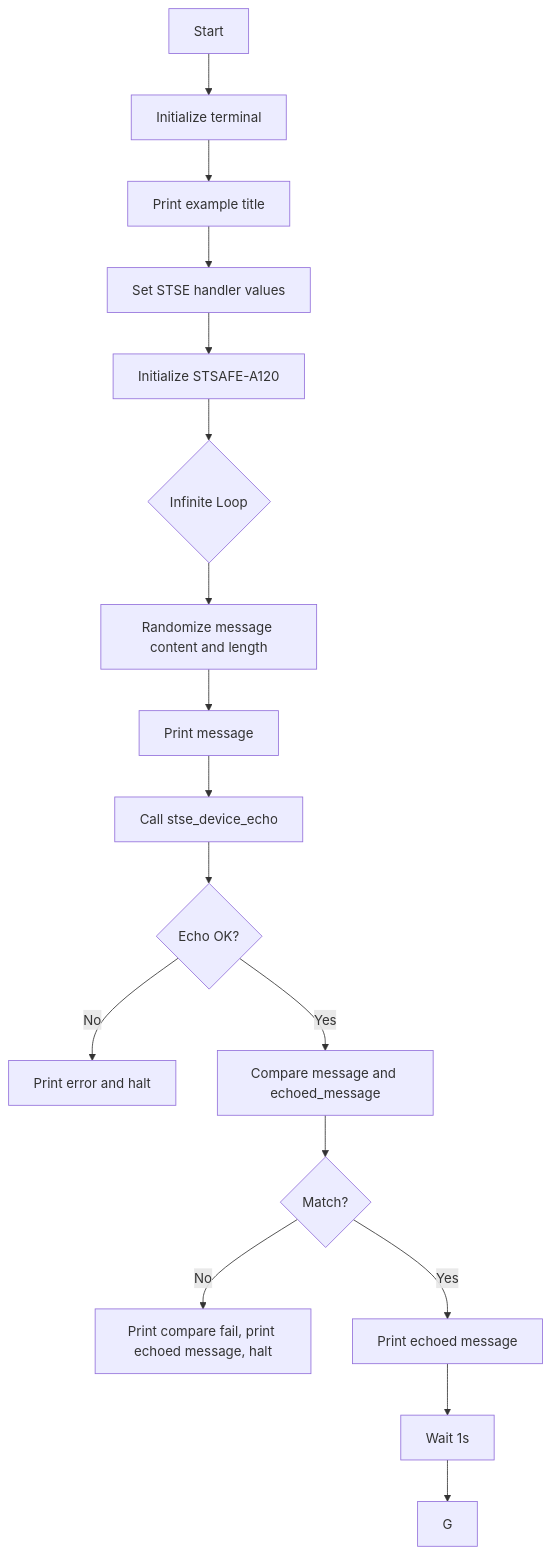
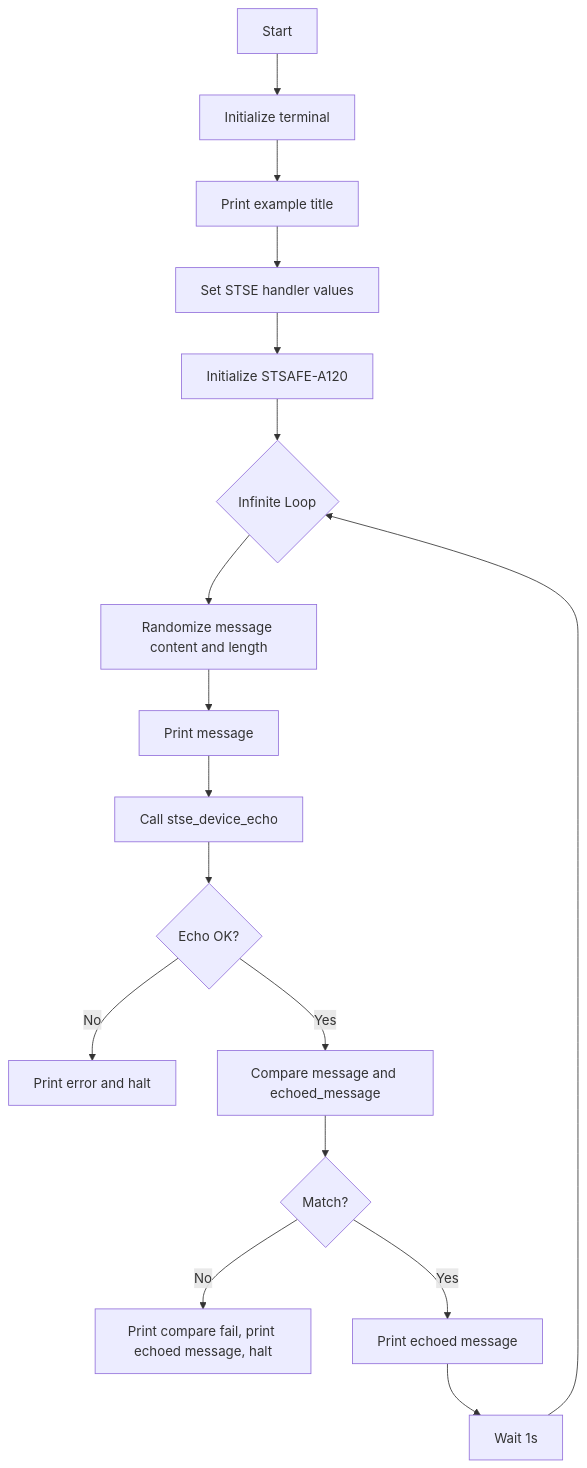
Before and after one commit to STMicroelectronics/STSAFE-A_echo: the second of 2 diagrams in README.md, drawn with Mermaid.

````diff
--- a/README.md
+++ b/README.md
@@ -29,19 +29,19 @@
 ```mermaid
 flowchart TD
     A[Start] --> B[Initialize terminal]
     B --> C[Print example title]
     C --> E[Set STSE handler values]
     E --> F[Initialize STSAFE-A120]
     F --> I{Infinite Loop}
     I --> J[Randomize message content and length]
     J --> K[Print message]
     K --> L[Call stse_device_echo]
     L --> M{Echo OK?}
     M -- No --> N[Print error and halt]
     M -- Yes --> O[Compare message and echoed_message]
     O --> P{Match?}
     P -- No --> Q[Print compare fail, print echoed message, halt]
     P -- Yes --> R[Print echoed message]
     R --> S[Wait 1s]
-    S --> G
+    S --> I
 ```
````
